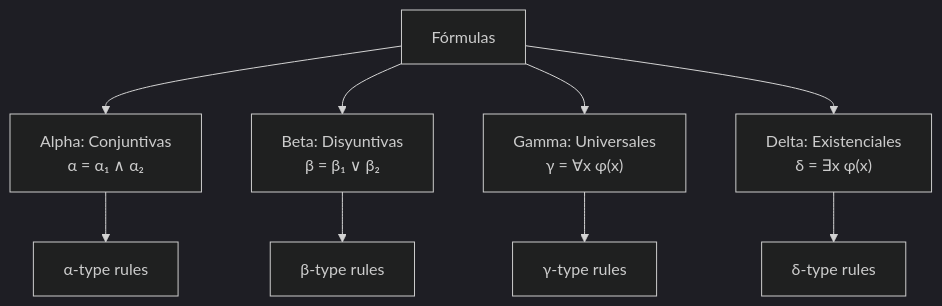
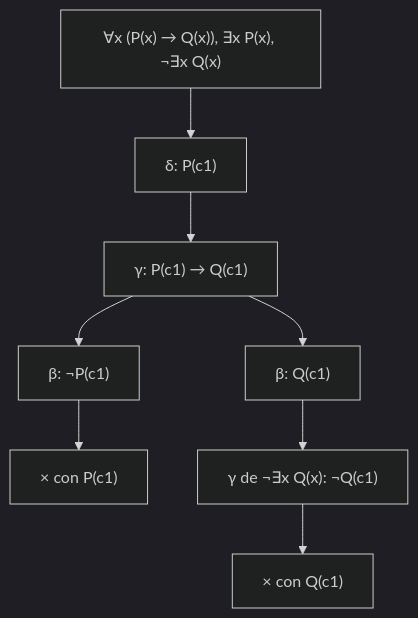
The diagram in public/documents/semester-4/2/4252.md (djaimej/computer-science-template), drawn with Mermaid (dark theme) before and after one commit. The commit also changed other lines of this file and 5 other files, not shown here.

````diff
--- a/public/documents/semester-4/2/4252.md
+++ b/public/documents/semester-4/2/4252.md
@@ -38,12 +41,10 @@
 ```mermaid
 graph TD
-    A[Fórmulas] --> B[Alpha: Conjuntivas<br>α = α₁ ∧ α₂]
-    A --> C[Beta: Disyuntivas<br>β = β₁ ∨ β₂]
-    A --> D["Gamma: Universales<br>γ = ∀x φ(x)"]
-    A --> E["Delta: Existenciales<br>δ = ∃x φ(x)"]
-
-    B --> F[α-type rules]
-    C --> G[β-type rules]
-    D --> H[γ-type rules]
-    E --> I[δ-type rules]
+    A["∀x (P(x) → Q(x)), ∃x P(x), ¬∃x Q(x)"] --> B["δ: P(c1)"]
+    B --> C["γ: P(c1) → Q(c1)"]
+    C --> D["β: ¬P(c1)"]
+    C --> E["β: Q(c1)"]
+    D --> F["× con P(c1)"]
+    E --> G["γ de ¬∃x Q(x): ¬Q(c1)"]
+    G --> H["× con Q(c1)"]
 ```
````
